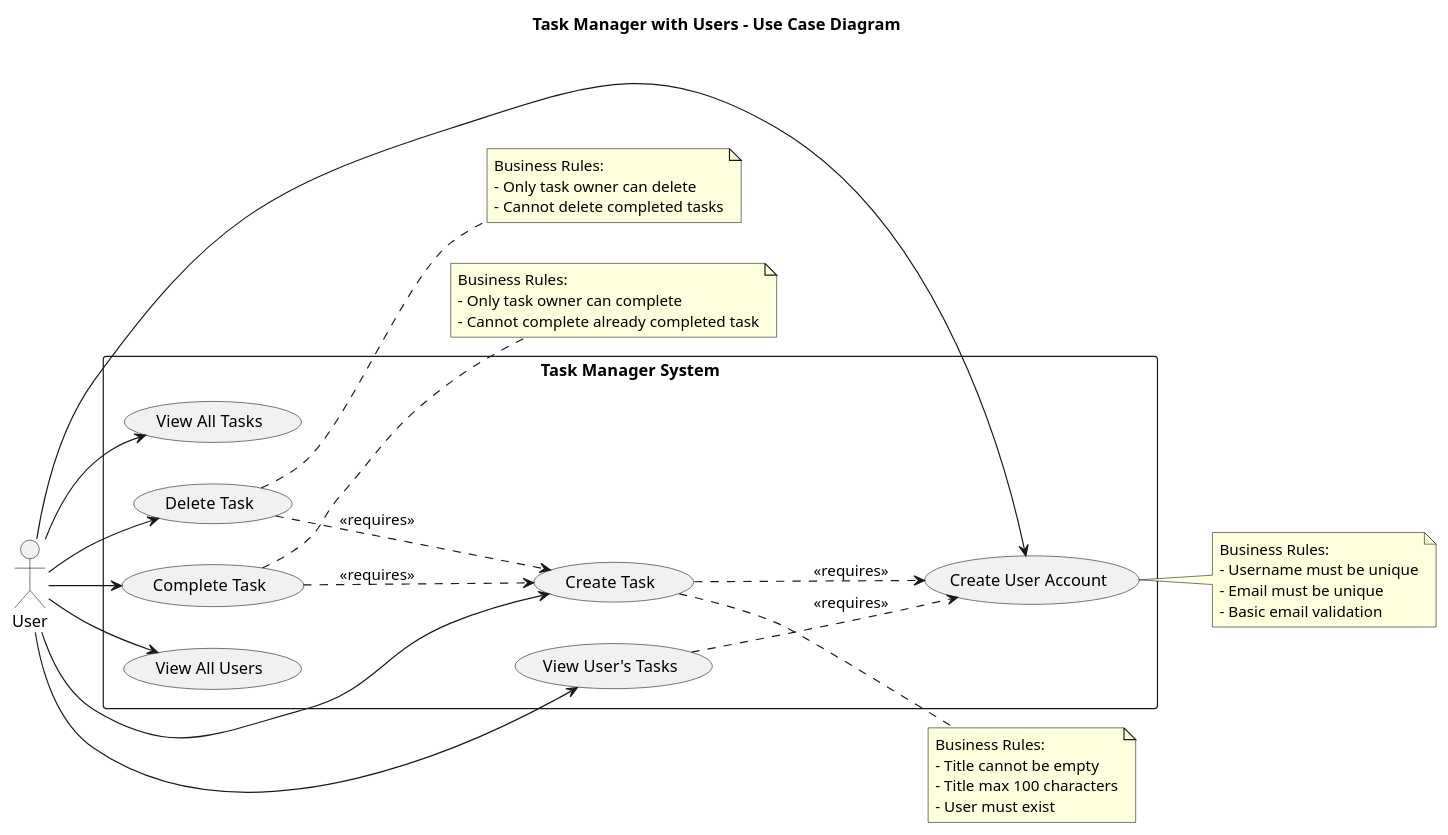
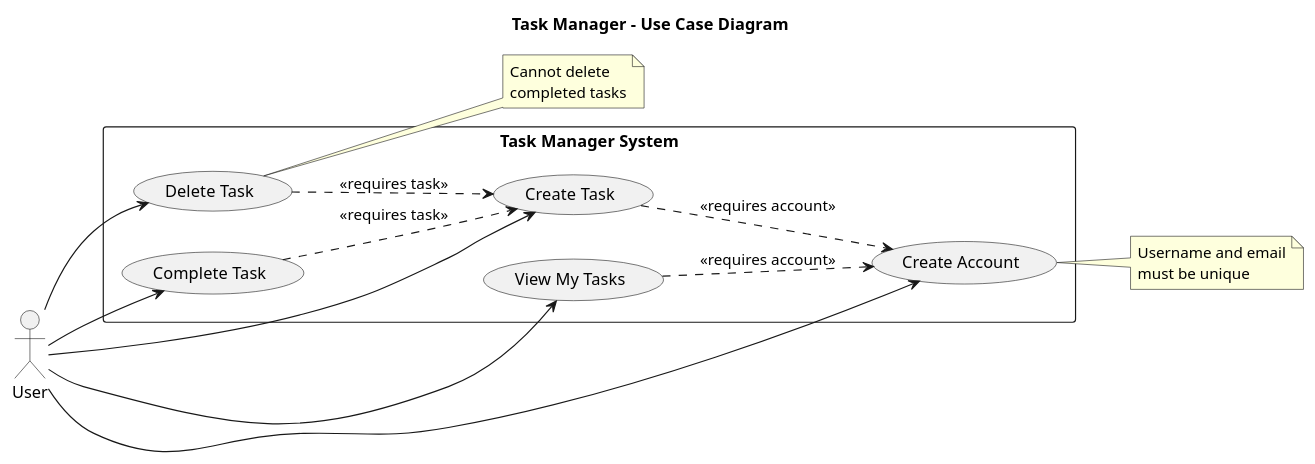
Before and after one commit to MakaronToja2/task_tracker: the diagram in docs/use_case_diagram.puml, drawn with PlantUML. The commit also changed 1 other file, not shown here.

```diff
--- a/docs/use_case_diagram.puml
+++ b/docs/use_case_diagram.puml
@@ -1,39 +1,31 @@
 @startuml
-title Task Manager with Users - Use Case Diagram
+title Task Manager - Use Case Diagram
 
 left to right direction
 
 actor "User" as user
 
 rectangle "Task Manager System" {
-    usecase "Create User Account" as UC1
-    usecase "View All Users" as UC2
-    usecase "Create Task" as UC3
-    usecase "View User's Tasks" as UC4
-    usecase "View All Tasks" as UC5
-    usecase "Complete Task" as UC6
-    usecase "Delete Task" as UC7
+    usecase "Create Account" as UC1
+    usecase "Create Task" as UC2
+    usecase "View My Tasks" as UC3
+    usecase "Complete Task" as UC4
+    usecase "Delete Task" as UC5
 }
 
 user --> UC1
 user --> UC2
 user --> UC3
 user --> UC4
 user --> UC5
-user --> UC6
-user --> UC7
 
-note right of UC1 : Business Rules:\n- Username must be unique\n- Email must be unique\n- Basic email validation
+UC2 ..> UC1 : <<requires account>>
+UC3 ..> UC1 : <<requires account>>
+UC4 ..> UC2 : <<requires task>>
+UC5 ..> UC2 : <<requires task>>
 
-note right of UC3 : Business Rules:\n- Title cannot be empty\n- Title max 100 characters\n- User must exist
+note right of UC1 : Username and email\nmust be unique
 
-note right of UC6 : Business Rules:\n- Only task owner can complete\n- Cannot complete already completed task
-
-note right of UC7 : Business Rules:\n- Only task owner can delete\n- Cannot delete completed tasks
-
-UC3 ..> UC1 : <<requires>>
-UC4 ..> UC1 : <<requires>>
-UC6 ..> UC3 : <<requires>>
-UC7 ..> UC3 : <<requires>>
+note right of UC5 : Cannot delete\ncompleted tasks
 
 @enduml
```
